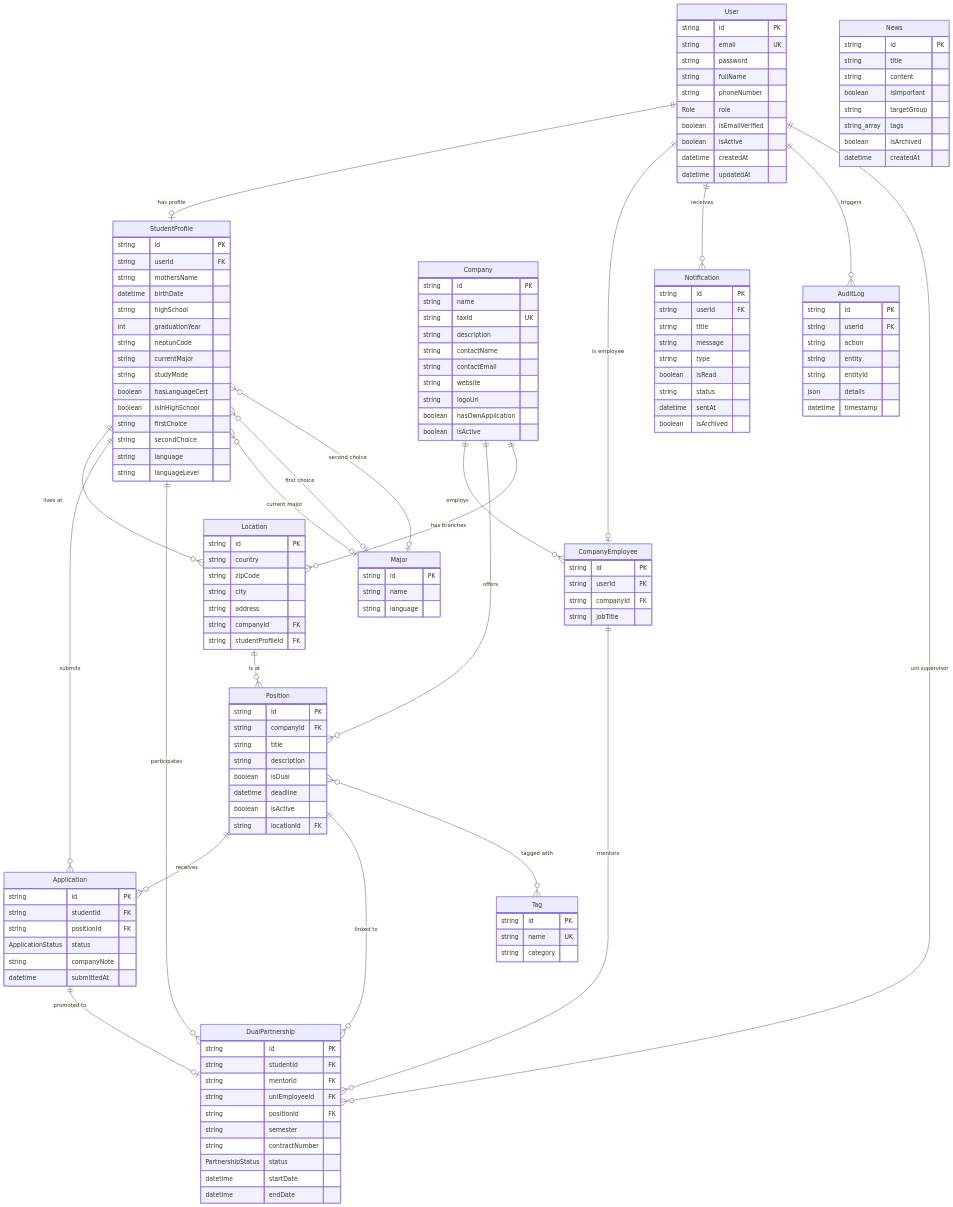
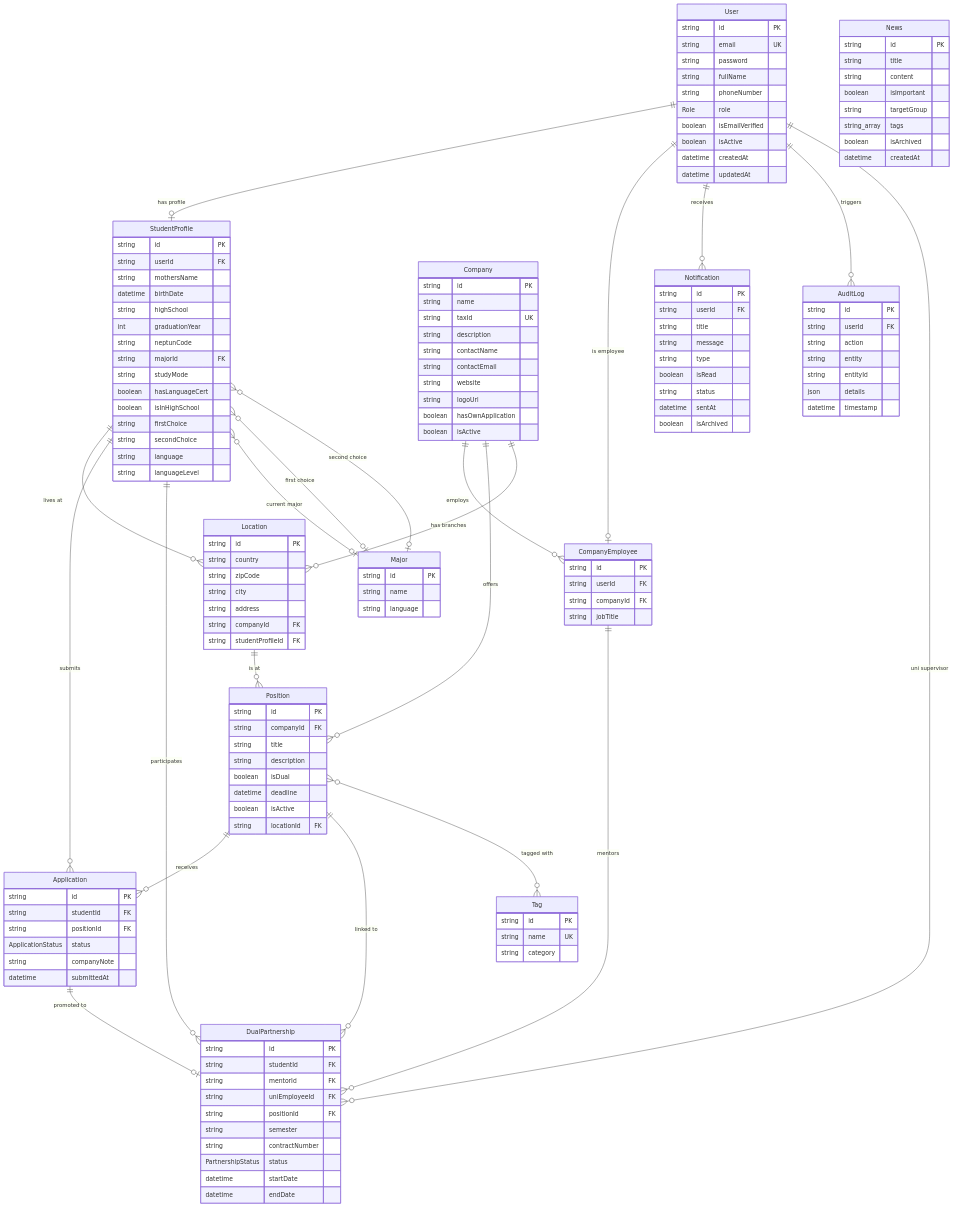
The first of 8 diagrams in README.md (DrozsdikAdam/dual-kepzes-backend), drawn with Mermaid before and after one commit. The commit also changed 13 other files, not shown here.

Commit message:
removed the current major attribute

```diff
--- a/README.md
+++ b/README.md
@@ -169,7 +169,7 @@
         string highSchool
         int graduationYear
         string neptunCode
-        string currentMajor
+        string majorId FK
         string studyMode
         boolean hasLanguageCert
         boolean isInHighSchool
```
